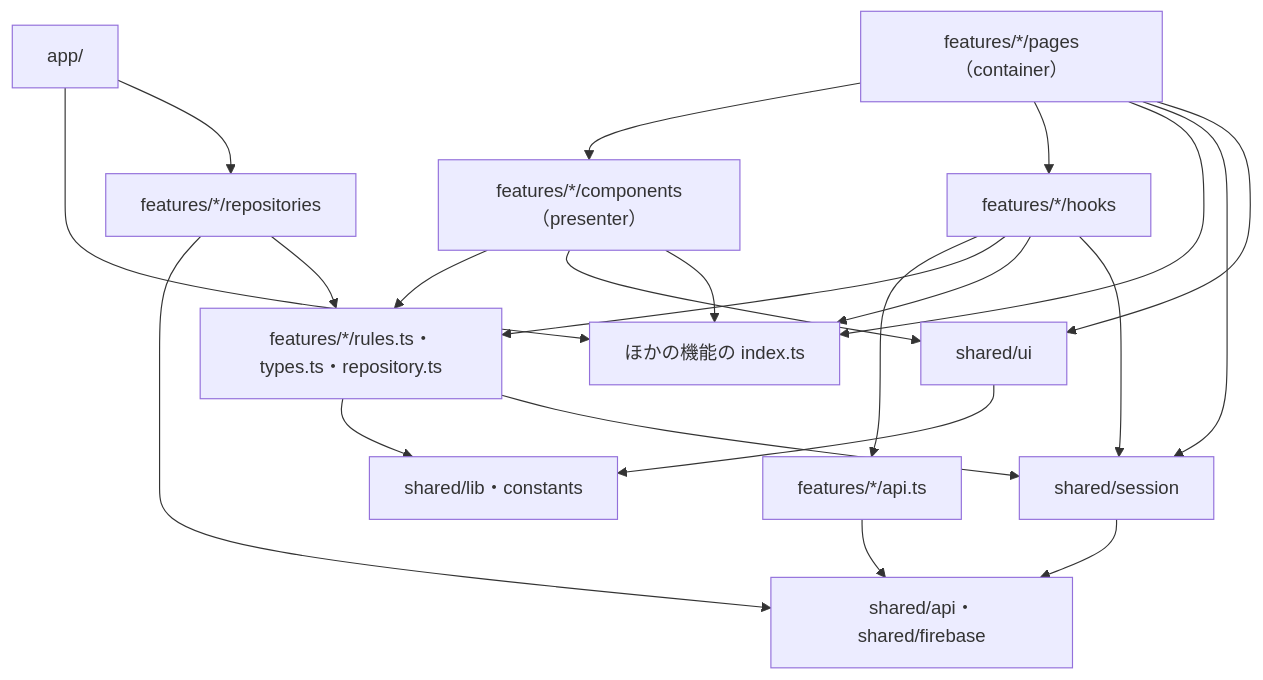
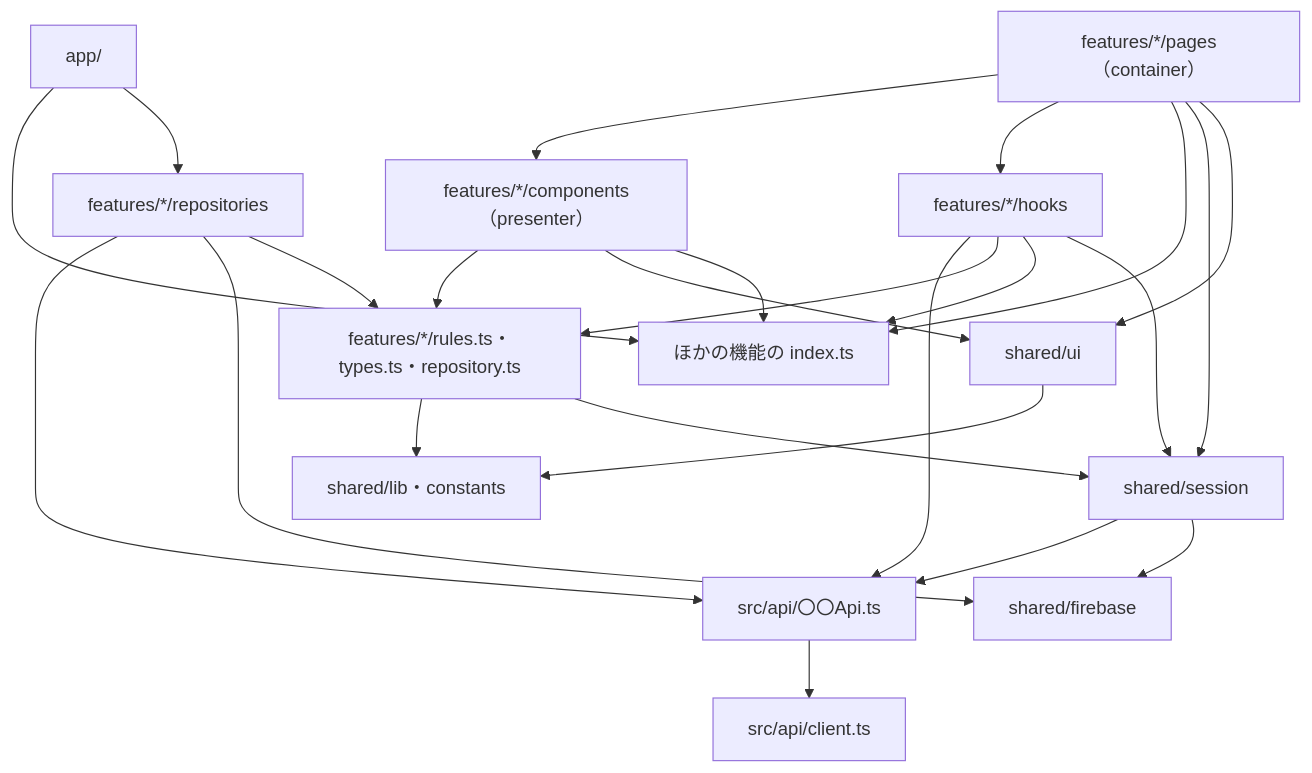
Before and after one commit to masa-devx/matching-db-study: the diagram in agents/rules/architecture-frontend.md, drawn with Mermaid. The commit also changed other lines of this file and 8 other files, not shown here.

First line of the commit message:
決まり：画面の書き方（アロー関数・名前付き export・type・type Props・useState の型・unknown は基本使わない・never は使わない）・API の置き場（src/api の 〇〇Api と axios）・UI とロジックの分け方・テストの設計（結合と E2E が中心）（#275）

````diff
--- a/agents/rules/architecture-frontend.md
+++ b/agents/rules/architecture-frontend.md
@@ -149,36 +205,39 @@
 ```mermaid
 flowchart TB
   app["app/"]
   page["features/*/pages（container）"]
   comp["features/*/components（presenter）"]
   hook["features/*/hooks"]
-  api["features/*/api.ts"]
+  api["src/api/〇〇Api.ts"]
   repo["features/*/repositories"]
   rules["features/*/rules.ts・types.ts・repository.ts"]
   other["ほかの機能の index.ts"]
   session["shared/session"]
-  client["shared/api・shared/firebase"]
+  client["src/api/client.ts"]
+  firebase["shared/firebase"]
   ui["shared/ui"]
   lib["shared/lib・constants"]
   app --> other
   app --> repo
   page --> comp
   page --> hook
   page --> other
   page --> session
   page --> ui
   comp --> rules
   comp --> ui
   comp --> other
   hook --> api
   hook --> rules
   hook --> other
   hook --> session
   api --> client
-  repo --> client
+  repo --> api
+  repo --> firebase
   repo --> rules
   rules --> lib
   rules --> session
-  session --> client
+  session --> api
+  session --> firebase
   ui --> lib
 ```
````
